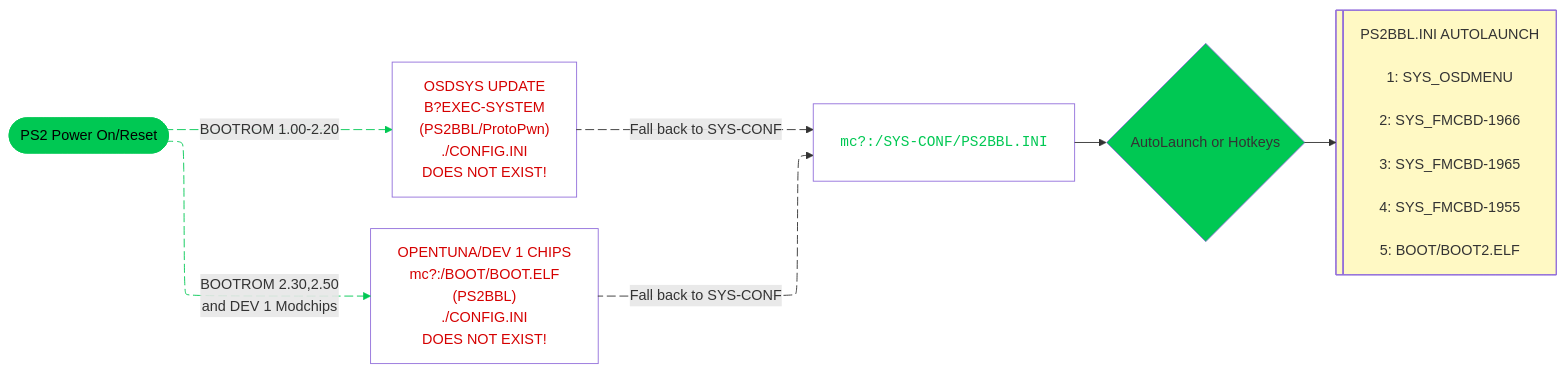
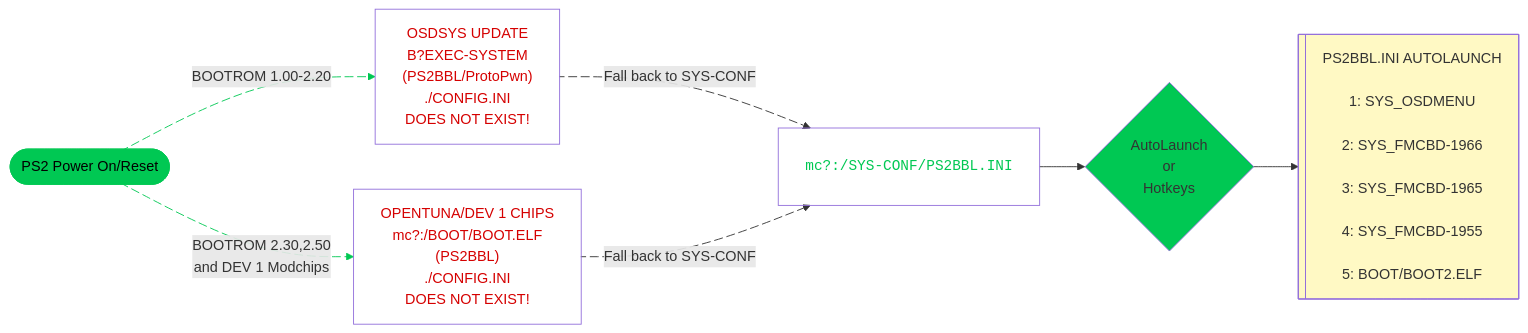
One commit to playerjmr/ps2homebrewstore changed the diagram in docs/umcs/index.md. Above: the diagram before and after it, drawn with Mermaid. The commit also changed other lines of this file and 7 other files, not shown here.

Commit message:
Fixed badges not centered and more mermaid chart diagram support

````diff
--- a/docs/umcs/index.md
+++ b/docs/umcs/index.md
@@ -76,35 +82,35 @@
 ```mermaid
 ---
 config:
   theme: mc
-  layout: elk
+  layout: elk.forced
   look: classic
 ---
 graph LR
     A(["PS2 Power On/Reset"]) L_A_B_0@-- "BOOTROM 1.00-2.20" --> B["OSDSYS UPDATE<br>B?EXEC-SYSTEM<br>(PS2BBL/ProtoPwn)<br>./CONFIG.INI <br>DOES NOT EXIST!"]
     A L_A_n1_0@-- "BOOTROM 2.30,2.50<br>and DEV 1 Modchips" --> n1["OPENTUNA/DEV 1 CHIPS<br>mc?:/BOOT/BOOT.ELF<br>(PS2BBL)<br>./CONFIG.INI <br>DOES NOT EXIST!"]
     B L_B_n5_0@-- "Fall back to SYS-CONF" --> n5@{ label: "<pre style=\"font-family:\"><code style=\"font-family:\">mc?:/SYS-CONF/PS2BBL.INI</code></pre>" }
     n1 L_n1_n5_0@-- "Fall back to SYS-CONF" --> n5
-    n5 --> n6["AutoLaunch or Hotkeys"]
+    n5 --> n6["AutoLaunch<br>or<br>Hotkeys"]
     n6 --> n7@{ label: "<span style=\"color:\">PS2BBL.INI AUTOLAUNCH</span><br style=\"color:\"><br style=\"color:\"><span style=\"color:\">1: SYS_OSDMENU</span><br style=\"color:\"><br style=\"color:\"><span style=\"color:\">2: SYS_FMCBD-1966</span><br style=\"color:\"><br style=\"color:\"><span style=\"color:\">3: SYS_FMCBD-1965</span><br style=\"color:\"><br style=\"color:\"><span style=\"color:\">4: SYS_FMCBD-1955</span><br style=\"color:\"><br style=\"color:\"><span style=\"color:\">5: BOOT/BOOT2.ELF</span>" }
     B@{ shape: rect}
     n1@{ shape: rect}
     n5@{ shape: proc}
     n6@{ shape: diam}
     n7@{ shape: lin-proc}
      A:::Ash
     classDef Ash stroke-width:1px, stroke-dasharray:none, stroke:#999999, fill:#EEEEEE, color:#000000
     style A stroke:#00C853,fill:#00C853,color:none
     style B color:#D50000,fill:transparent
     style n1 color:#D50000,fill:transparent
     style n5 fill:transparent,color:#00C853
     style n6 fill:#00C853
     style n7 fill:#FFF9C4
     linkStyle 0 stroke:#00C853,fill:none
     linkStyle 1 stroke:#00C853,fill:none
     L_A_B_0@{ animation: slow } 
     L_A_n1_0@{ animation: slow } 
     L_B_n5_0@{ animation: slow } 
     L_n1_n5_0@{ animation: slow }
 
 ```
````
